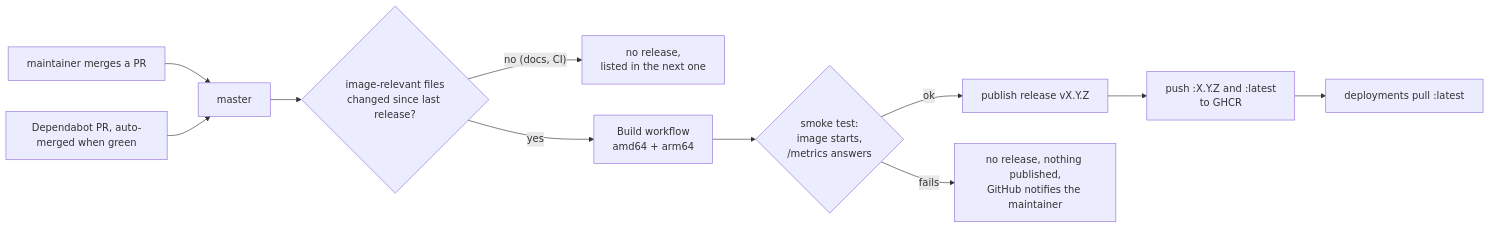
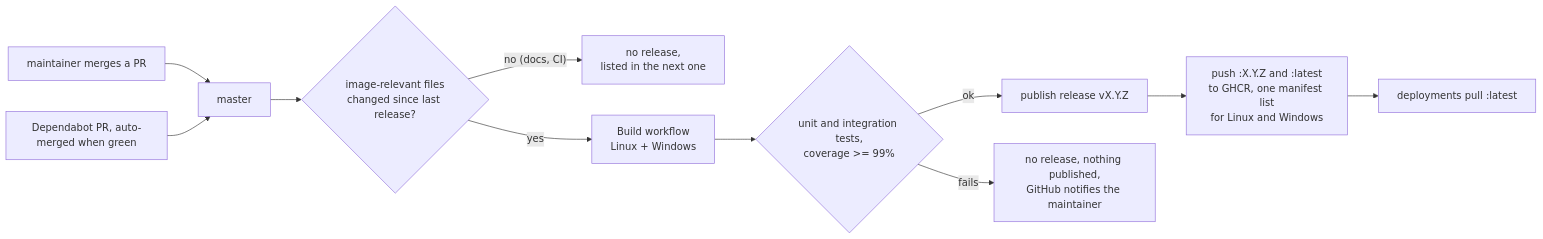
The diagram in RELEASING.md (motwok/ImageAdvisor), drawn with Mermaid before and after one commit. The commit also changed other lines of this file and 38 other files, not shown here.

````diff
--- a/RELEASING.md
+++ b/RELEASING.md
@@ -19,13 +19,13 @@
 ```mermaid
 flowchart LR
   O[maintainer merges a PR] --> M[master]
   D[Dependabot PR, auto-merged when green] --> M
   M --> C{image-relevant files<br/>changed since last release?}
   C -- "no (docs, CI)" --> Q[no release,<br/>listed in the next one]
-  C -- yes --> B[Build workflow<br/>amd64 + arm64]
-  B --> T{smoke test:<br/>image starts,<br/>/metrics answers}
+  C -- yes --> B[Build workflow<br/>Linux + Windows]
+  B --> T{unit and integration tests,<br/>coverage >= 99%}
   T -- ok --> R[publish release vX.Y.Z]
-  R --> G["push :X.Y.Z and :latest<br/>to GHCR"]
+  R --> G["push :X.Y.Z and :latest<br/>to GHCR, one manifest list<br/>for Linux and Windows"]
   T -- fails --> N[no release, nothing published,<br/>GitHub notifies the maintainer]
   G --> P[deployments pull :latest]
 ```
````
